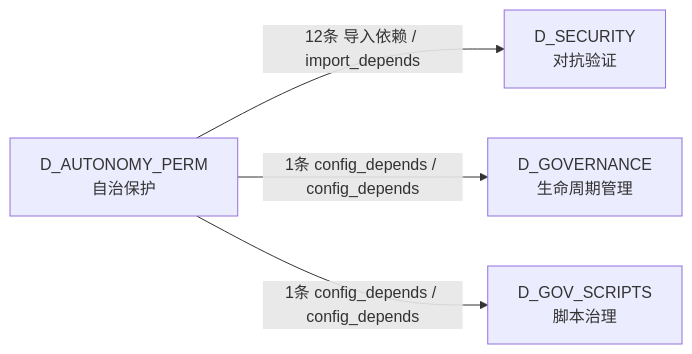
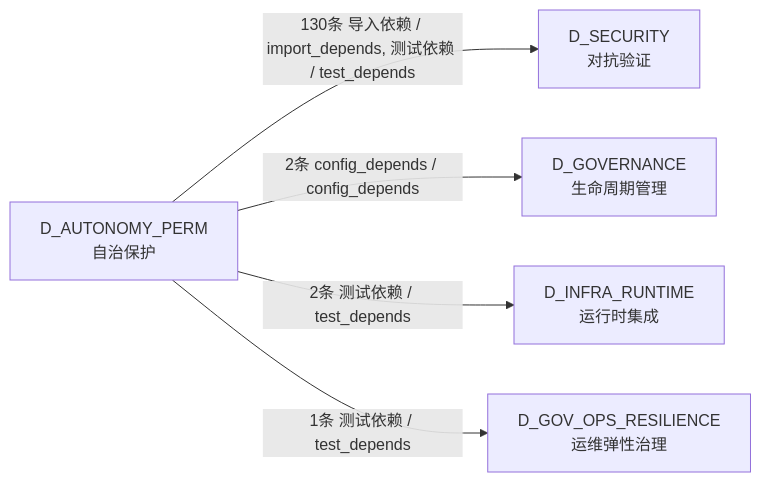
One commit to xuanFelixVan/ZephyrAlpha changed the fourth of 4 diagrams in docs/02_enterprise_architecture/02_domain_architecture_docs/27_d_autonomy_perm.md. Above: the diagram before and after it, drawn with Mermaid. The commit also changed other lines of this file and 112 other files, not shown here.

````diff
--- a/docs/02_enterprise_architecture/02_domain_architecture_docs/27_d_autonomy_perm.md
+++ b/docs/02_enterprise_architecture/02_domain_architecture_docs/27_d_autonomy_perm.md
@@ -214,10 +484,12 @@
 ```mermaid
 graph LR
     D_AUTONOMY_PERM["D_AUTONOMY_PERM<br/>自治保护"]
     D_SECURITY["D_SECURITY<br/>对抗验证"]
     D_GOVERNANCE["D_GOVERNANCE<br/>生命周期管理"]
-    D_GOV_SCRIPTS["D_GOV_SCRIPTS<br/>脚本治理"]
-    D_AUTONOMY_PERM -->|12条 导入依赖 / import_depends| D_SECURITY
-    D_AUTONOMY_PERM -->|1条 config_depends / config_depends| D_GOVERNANCE
-    D_AUTONOMY_PERM -->|1条 config_depends / config_depends| D_GOV_SCRIPTS
+    D_INFRA_RUNTIME["D_INFRA_RUNTIME<br/>运行时集成"]
+    D_GOV_OPS_RESILIENCE["D_GOV_OPS_RESILIENCE<br/>运维弹性治理"]
+    D_AUTONOMY_PERM -->|130条 导入依赖 / import_depends, 测试依赖 / test_depends| D_SECURITY
+    D_AUTONOMY_PERM -->|2条 config_depends / config_depends| D_GOVERNANCE
+    D_AUTONOMY_PERM -->|2条 测试依赖 / test_depends| D_INFRA_RUNTIME
+    D_AUTONOMY_PERM -->|1条 测试依赖 / test_depends| D_GOV_OPS_RESILIENCE
 ```
````
